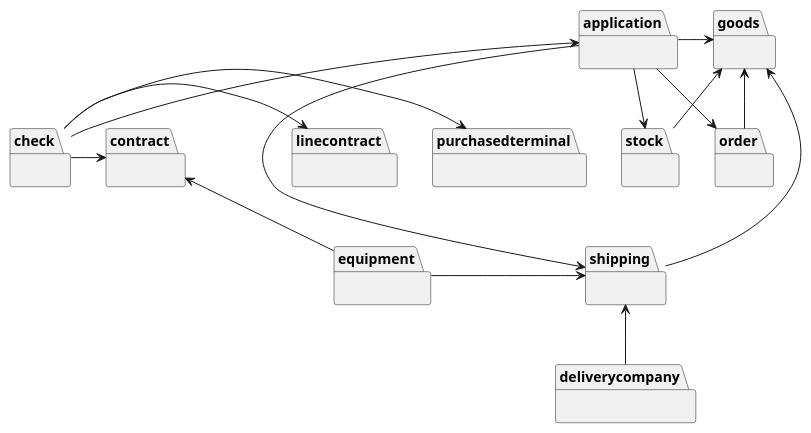
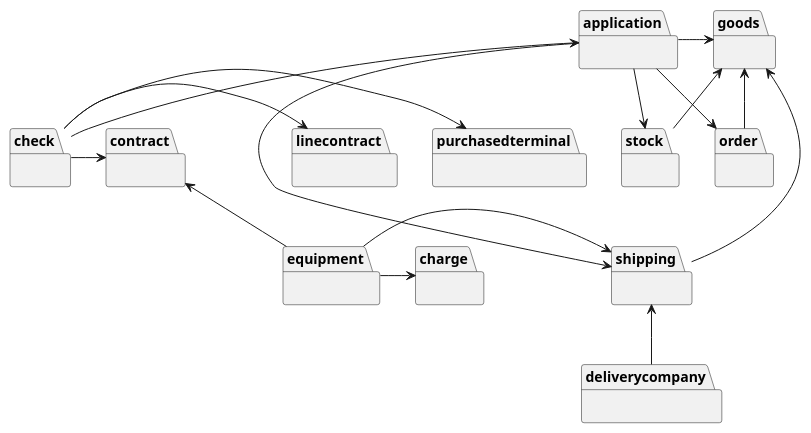
One commit to muractice/pra-model-terminal changed the diagram in document/terminal_application_package.puml. Above: the diagram before and after it, drawn with PlantUML. The commit also changed 1 other file, not shown here.

```diff
--- a/document/terminal_application_package.puml
+++ b/document/terminal_application_package.puml
@@ -1,31 +1,33 @@
 @startuml
 package application{}
 package order{}
 package stock{}
 package shipping{}
 package goods{}
 package contract{}
 package linecontract{}
 package purchasedterminal{}
 package check{}
 package equipment{}
 package deliverycompany{}
+package charge{}
 
 application -> order
 application -> stock
 application -> shipping
 application -> goods
 check -u-> application
 check -r-> contract
 check -r-> linecontract
 check -r-> purchasedterminal
 shipping <-- deliverycompany
 shipping <-l- equipment
 contract <-- equipment
+equipment -> charge
 
 order -[hidden]r-> shipping
 order -u-> goods
 shipping -u-> goods
 stock -u-> goods
 
 @enduml
```
